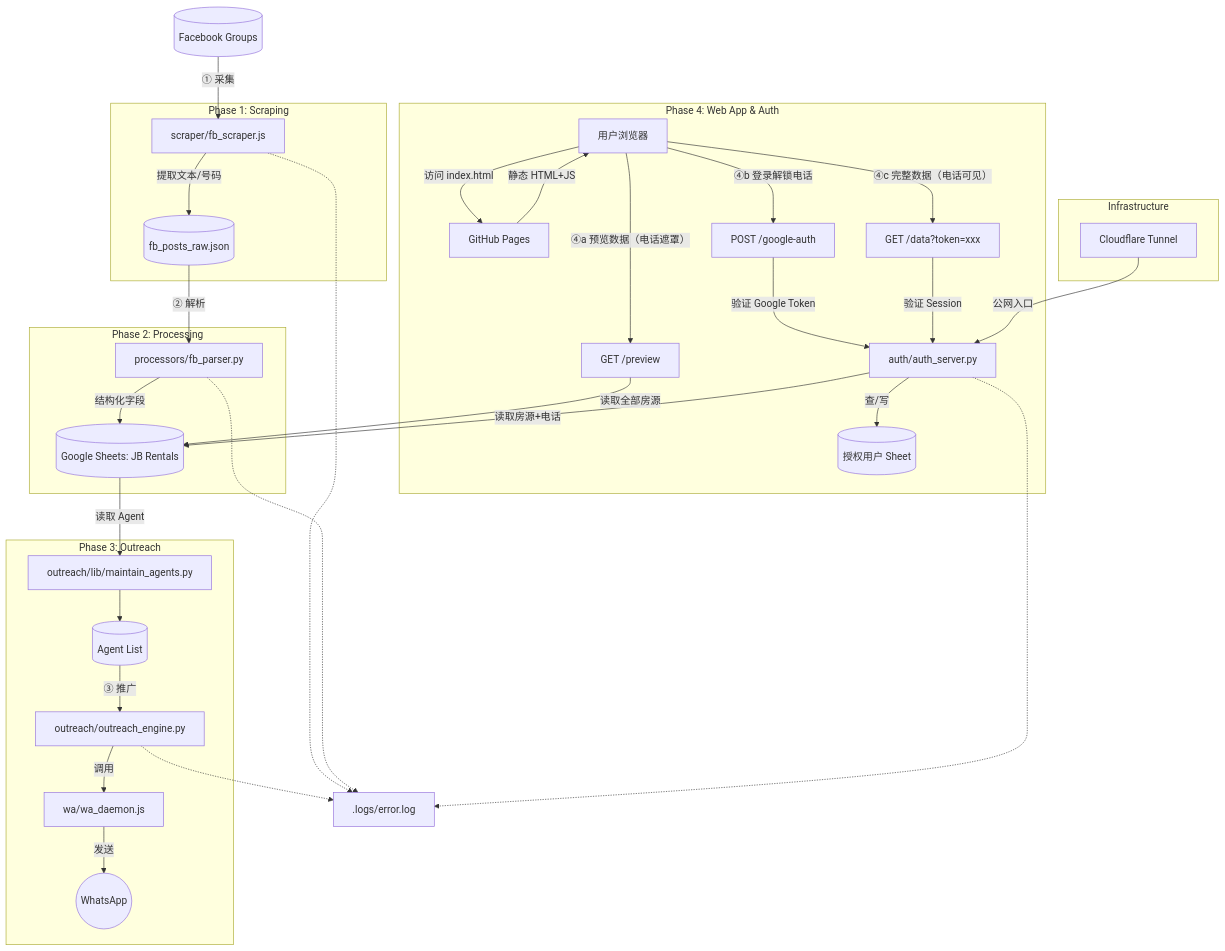
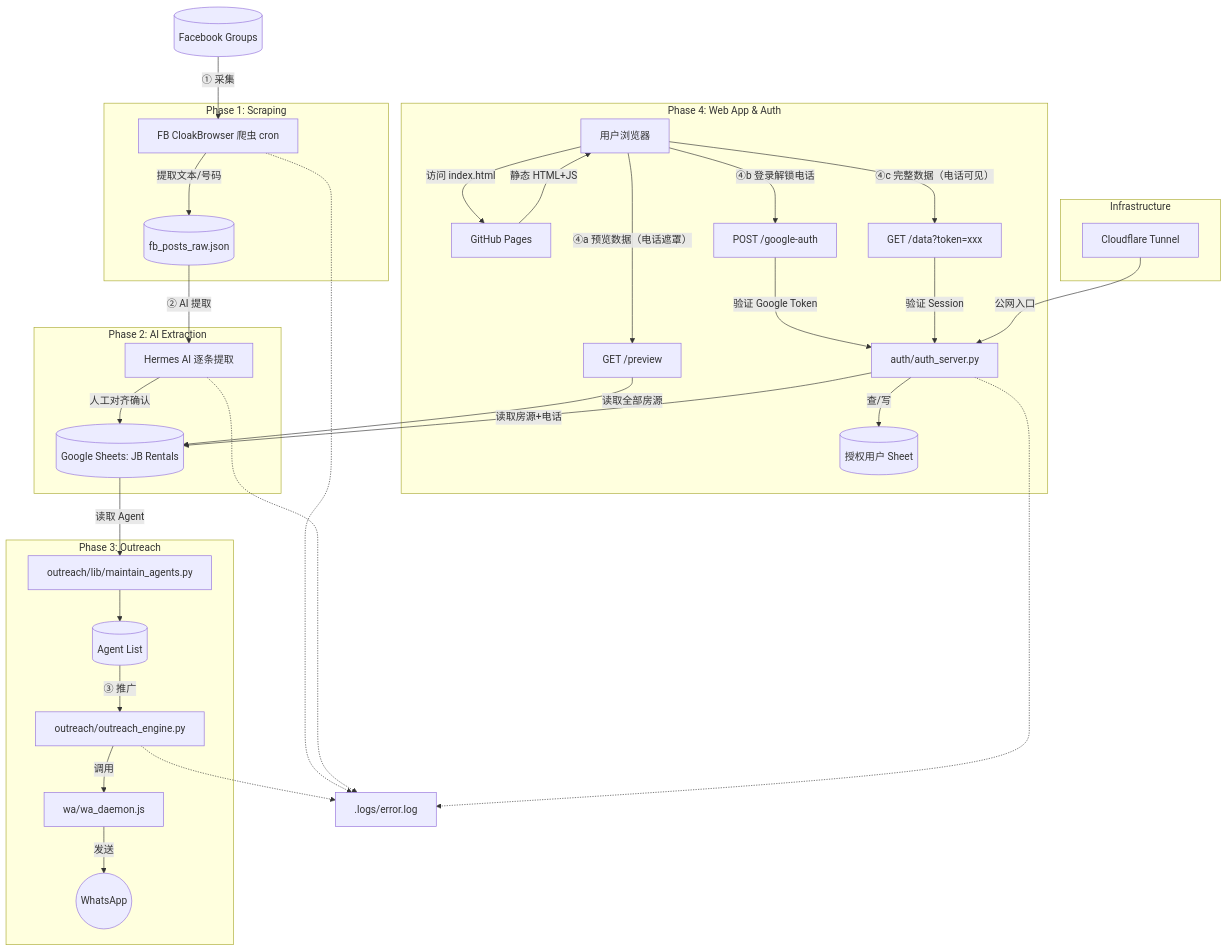
One commit to reinocheong/leadpilot changed the first of 2 diagrams in ARCHITECTURE.md. Above: the diagram before and after it, drawn with Mermaid. The commit also changed other lines of this file and 44 other files, not shown here.

````diff
--- a/ARCHITECTURE.md
+++ b/ARCHITECTURE.md
@@ -5,51 +5,51 @@
 ```mermaid
 graph TD
     %% 外部数据源
-    FB[(Facebook Groups)] -- "① 采集" --> Scraper[scraper/fb_scraper.js]
+    FB[(Facebook Groups)] -- "① 采集" --> ScraperCron[FB CloakBrowser 爬虫 cron]
 
     %% 第一阶段：采集
     subgraph Stage1 [Phase 1: Scraping]
-        Scraper -->|提取文本/号码| RawJSON[(fb_posts_raw.json)]
+        ScraperCron -->|提取文本/号码| RawJSON[(fb_posts_raw.json)]
     end
 
-    %% 第二阶段：解析
-    subgraph Stage2 [Phase 2: Processing]
-        RawJSON -- "② 解析" --> Parser[processors/fb_parser.py]
-        Parser -->|结构化字段| Sheets[(Google Sheets: JB Rentals)]
+    %% 第二阶段：AI 提取
+    subgraph Stage2 [Phase 2: AI Extraction]
+        RawJSON -- "② AI 提取" --> HermesAI[Hermes AI 逐条提取]
+        HermesAI -->|人工对齐确认| Sheets[(Google Sheets: JB Rentals)]
     end
 
     %% 第三阶段：推广
     subgraph Stage3 [Phase 3: Outreach]
         Sheets -->|读取 Agent| Maintainer[outreach/lib/maintain_agents.py]
         Maintainer --> AgentList[(Agent List)]
         AgentList -- "③ 推广" --> Engine[outreach/outreach_engine.py]
         Engine -->|调用| WADaemon[wa/wa_daemon.js]
         WADaemon -->|发送| WA((WhatsApp))
     end
 
     %% 第四阶段：数据展示 + 认证
     subgraph Stage4 [Phase 4: Web App & Auth]
         Browser[用户浏览器] -->|访问 index.html| GHPages[GitHub Pages]
         GHPages -->|静态 HTML+JS| Browser
         Browser -->|④a 预览数据（电话遮罩）| PreviewAPI[GET /preview]
         Browser -->|④b 登录解锁电话| AuthAPI[POST /google-auth]
         Browser -->|④c 完整数据（电话可见）| DataAPI[GET /data?token=xxx]
         PreviewAPI -->|读取全部房源| Sheets
         AuthAPI -->|验证 Google Token| AuthServer[auth/auth_server.py]
         AuthServer -->|查/写| SubDB[(授权用户 Sheet)]
         DataAPI -->|验证 Session| AuthServer
         AuthServer -->|读取房源+电话| Sheets
     end
 
     %% 日志监控
     LogService[.logs/error.log]
-    Scraper -.-> LogService
-    Parser -.-> LogService
+    ScraperCron -.-> LogService
+    HermesAI -.-> LogService
     Engine -.-> LogService
     AuthServer -.-> LogService
 
     %% 外部基础设施
     subgraph Infra [Infrastructure]
         Tunnel[Cloudflare Tunnel] -->|公网入口| AuthServer
     end
 ```
````
